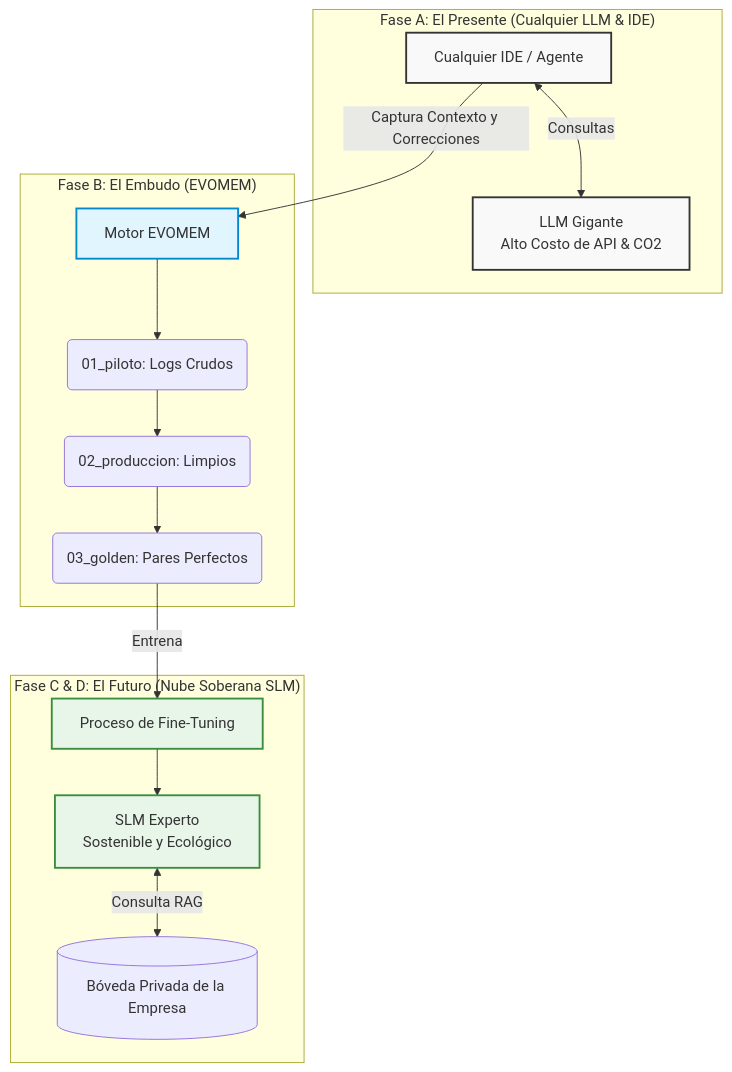
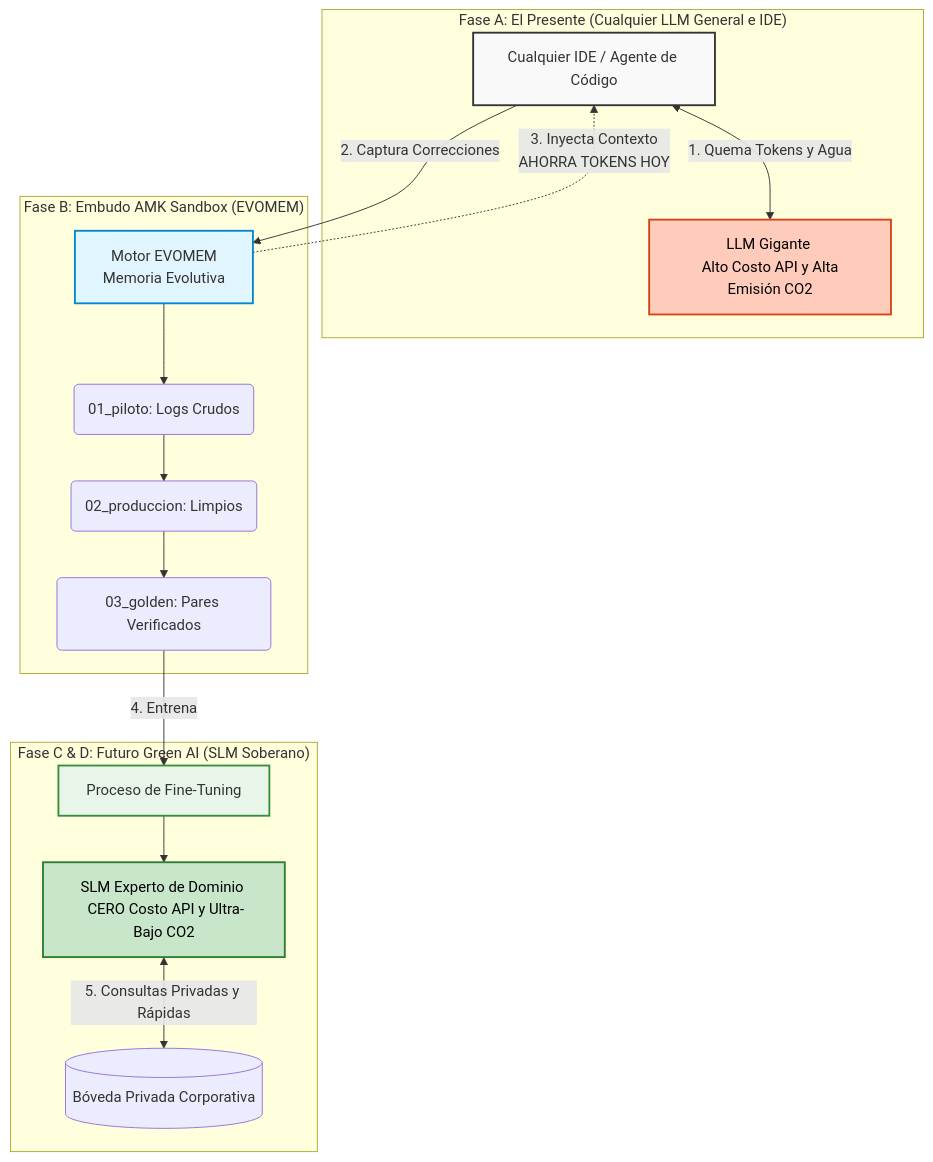
Before and after one commit to razalazar/AMK: the diagram in README_ES.md, drawn with Mermaid. The commit also changed 1 other file, not shown here.

Commit message:
docs: enhance mermaid architecture diagrams to explicitly visualize token savings and green AI flow

````diff
--- a/README_ES.md
+++ b/README_ES.md
@@ -40,36 +40,39 @@
 ```mermaid
 graph TD
     %% Styling
     classDef agnostic fill:#f9f9f9,stroke:#333,stroke-width:2px;
     classDef evomem fill:#e1f5fe,stroke:#0288d1,stroke-width:2px;
     classDef slm fill:#e8f5e9,stroke:#388e3c,stroke-width:2px;
+    classDef green fill:#c8e6c9,stroke:#2e7d32,stroke-width:2px,color:#000;
+    classDef red fill:#ffccbc,stroke:#d84315,stroke-width:2px,color:#000;
 
     %% Phase 1: General LLM (The Teacher)
-    subgraph "Fase A: El Presente (Cualquier LLM & IDE)"
-        IDE[Cualquier IDE / Agente]:::agnostic
-        LLM[LLM Gigante <br/> Alto Costo de API & CO2]:::agnostic
-        IDE <-->|Consultas| LLM
+    subgraph "Fase A: El Presente (Cualquier LLM General e IDE)"
+        IDE[Cualquier IDE / Agente de Código]:::agnostic
+        LLM[LLM Gigante <br/> Alto Costo API y Alta Emisión CO2]:::red
+        IDE <-->|1. Quema Tokens y Agua| LLM
     end
 
     %% Phase 2: EVOMEM (The Black Box)
-    subgraph "Fase B: El Embudo (EVOMEM)"
-        EVO[Motor EVOMEM]:::evomem
+    subgraph "Fase B: Embudo AMK Sandbox (EVOMEM)"
+        EVO[Motor EVOMEM <br/> Memoria Evolutiva]:::evomem
         P1(01_piloto: Logs Crudos)
         P2(02_produccion: Limpios)
-        P3(03_golden: Pares Perfectos)
+        P3(03_golden: Pares Verificados)
         
-        IDE -->|Captura Contexto y Correcciones| EVO
+        IDE -->|2. Captura Correcciones| EVO
+        EVO -.->|3. Inyecta Contexto <br/> AHORRA TOKENS HOY| IDE
         EVO --> P1 --> P2 --> P3
     end
 
     %% Phase 3 & 4: SLM & Cloud (The Future)
-    subgraph "Fase C & D: El Futuro (Nube Soberana SLM)"
+    subgraph "Fase C & D: Futuro Green AI (SLM Soberano)"
         FT[Proceso de Fine-Tuning]:::slm
-        SLM[SLM Experto <br/> Sostenible y Ecológico]:::slm
-        Vault[(Bóveda Privada de la Empresa)]
+        SLM[SLM Experto de Dominio <br/> CERO Costo API y Ultra-Bajo CO2]:::green
+        Vault[(Bóveda Privada Corporativa)]
         
-        P3 -->|Entrena| FT
+        P3 -->|4. Entrena| FT
         FT --> SLM
-        SLM <-->|Consulta RAG| Vault
+        SLM <-->|5. Consultas Privadas y Rápidas| Vault
     end
 ```
````
